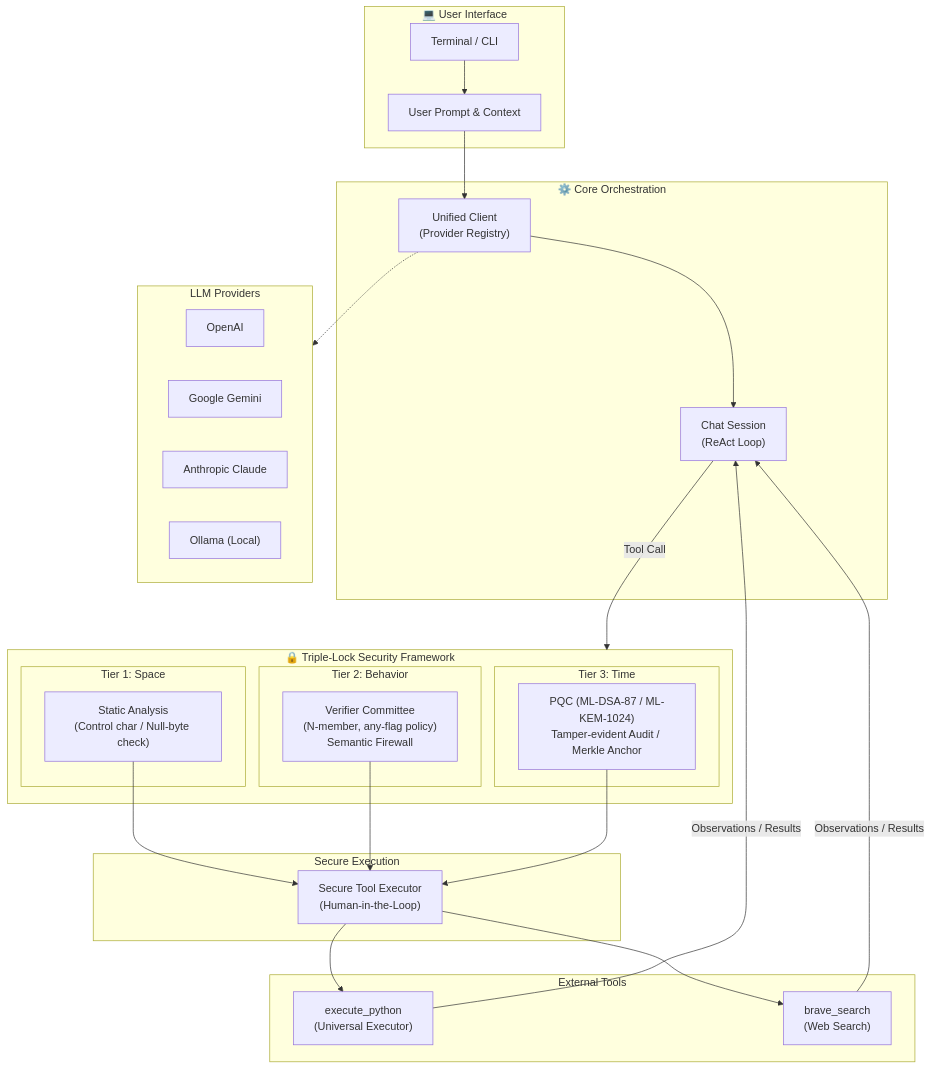
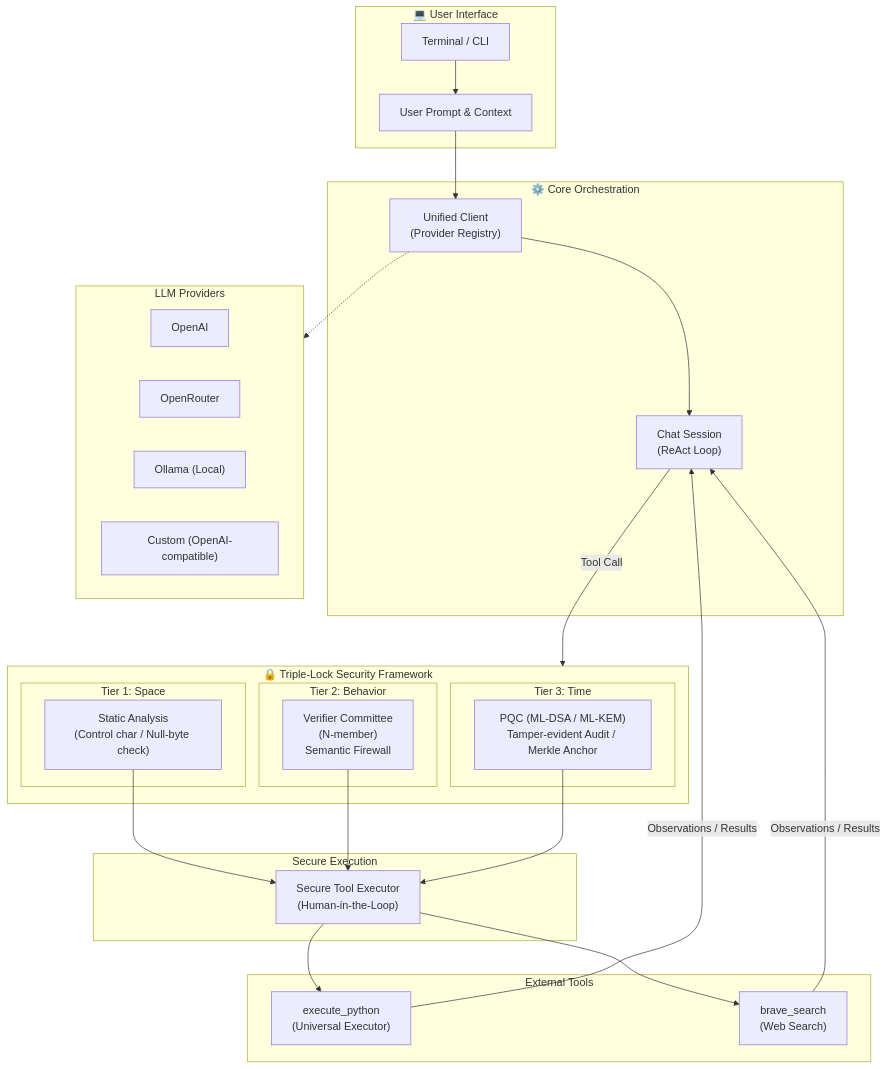
One commit to yosh95/llm-secure-cli changed the diagram in README.md. Above: the diagram before and after it, drawn with Mermaid. The commit also changed other lines of this file and 1 other file, not shown here.

Commit message:
docs: update README and SECURITY_ARCHITECTURE for configurable PQC variants and verifier committee policy

````diff
--- a/README.md
+++ b/README.md
@@ -41,55 +41,55 @@
 ```mermaid
 flowchart TB
     subgraph UI["💻 User Interface"]
         A["Terminal / CLI"]
         B["User Prompt & Context"]
     end
 
     subgraph Core["⚙️ Core Orchestration"]
         C["Unified Client<br/>(Provider Registry)"]
         D["Chat Session<br/>(ReAct Loop)"]
     end
 
     subgraph Providers["LLM Providers"]
         E1["OpenAI"]
-        E2["Google Gemini"]
-        E3["Anthropic Claude"]
-        E4["Ollama (Local)"]
+        E2["OpenRouter"]
+        E3["Ollama (Local)"]
+        E4["Custom (OpenAI-compatible)"]
     end
 
     subgraph Security["🔒 Triple-Lock Security Framework"]
         subgraph T1["Tier 1: Space"]
             F1["Static Analysis<br/>(Control char / Null-byte check)"]
         end
         subgraph T2["Tier 2: Behavior"]
-            F2["Verifier Committee<br/>(N-member, any-flag policy)<br/>Semantic Firewall"]
+            F2["Verifier Committee<br/>(N-member)<br/>Semantic Firewall"]
         end
         subgraph T3["Tier 3: Time"]
-            F3["PQC (ML-DSA-87 / ML-KEM-1024)<br/>Tamper-evident Audit / Merkle Anchor"]
+            F3["PQC (ML-DSA / ML-KEM)<br/>Tamper-evident Audit / Merkle Anchor"]
         end
     end
 
     subgraph Execution["Secure Execution"]
         G["Secure Tool Executor<br/>(Human-in-the-Loop)"]
     end
 
     subgraph Tools["External Tools"]
         H1["execute_python<br/>(Universal Executor)"]
         H2["brave_search<br/>(Web Search)"]
     end
 
     A --> B
     B --> C
     C --> D
     C -.-> Providers
     
     D -->|"Tool Call"| Security
     F1 --> G
     F2 --> G
     F3 --> G
     
     G --> H1
     G --> H2
     
     H1 & H2 -->|"Observations / Results"| D
 ```
````
